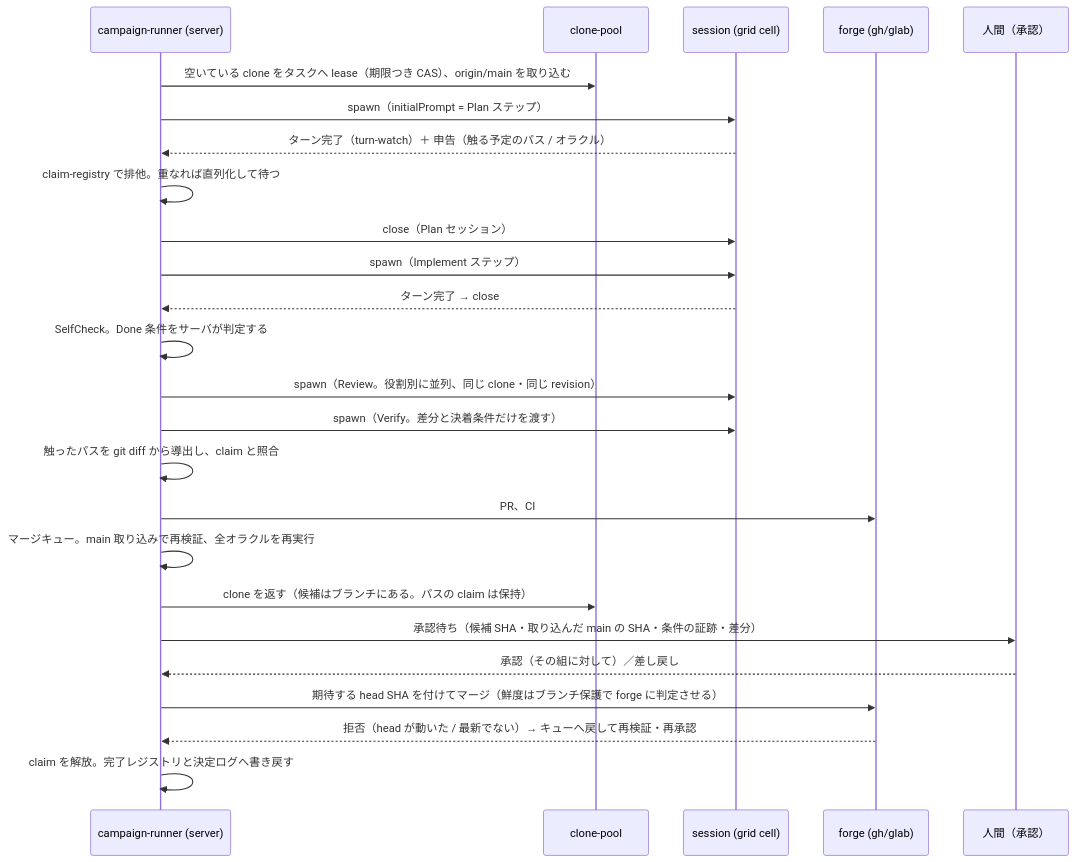
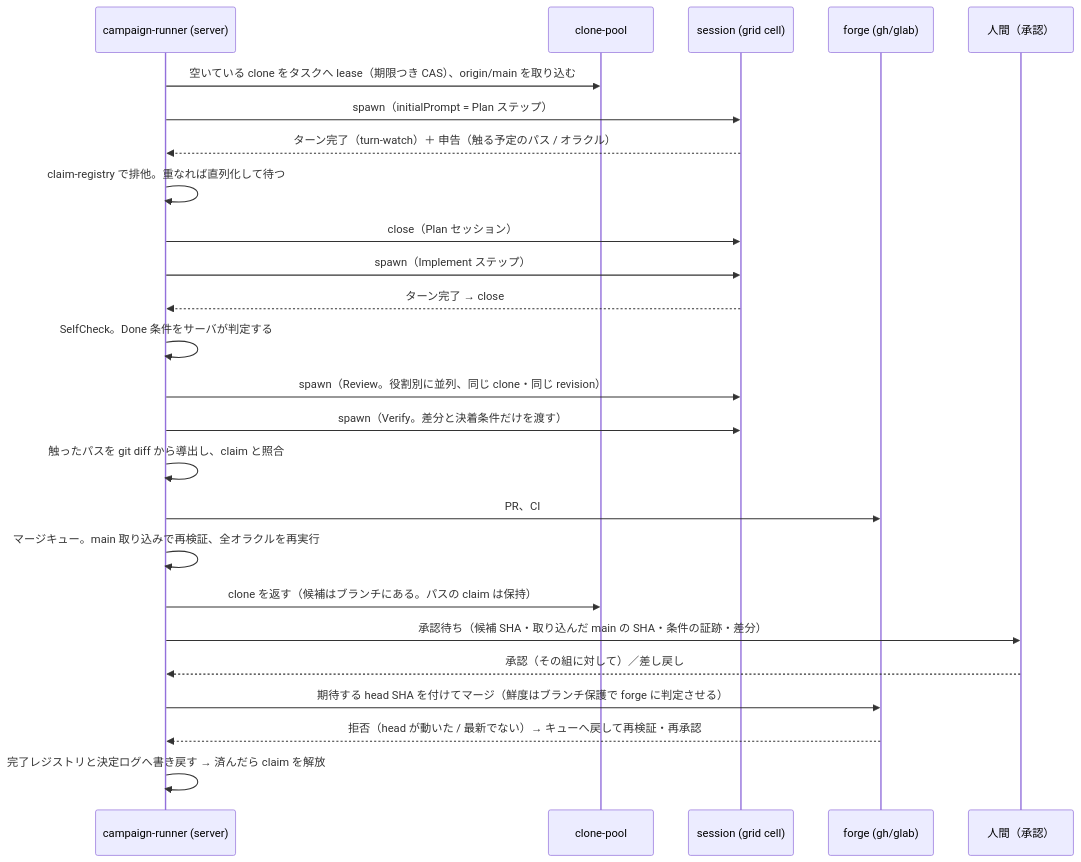
Before and after one commit to highfar-projects/mulmoterminal: the diagram in future/grid-campaign-mode.md, drawn with Mermaid. The commit also changed other lines of this file, not shown here.

First line of the commit message:
fix: address Codex review iter-25 — claim の解放時点がファイル間で食い違っていた

````diff
--- a/future/grid-campaign-mode.md
+++ b/future/grid-campaign-mode.md
@@ -301,27 +305,27 @@
 ```mermaid
 sequenceDiagram
     participant O as campaign-runner (server)
     participant C as clone-pool
     participant S as session (grid cell)
     participant G as forge (gh/glab)
     participant H as 人間（承認）
     O->>C: 空いている clone をタスクへ lease（期限つき CAS）、origin/main を取り込む
     O->>S: spawn（initialPrompt = Plan ステップ）
     S-->>O: ターン完了（turn-watch）＋ 申告（触る予定のパス / オラクル）
     O->>O: claim-registry で排他。重なれば直列化して待つ
     O->>S: close（Plan セッション）
     O->>S: spawn（Implement ステップ）
     S-->>O: ターン完了 → close
     O->>O: SelfCheck。Done 条件をサーバが判定する
     O->>S: spawn（Review。役割別に並列、同じ clone・同じ revision）
     O->>S: spawn（Verify。差分と決着条件だけを渡す）
     O->>O: 触ったパスを git diff から導出し、claim と照合
     O->>G: PR、CI
     O->>O: マージキュー。main 取り込みで再検証、全オラクルを再実行
     O->>C: clone を返す（候補はブランチにある。パスの claim は保持）
     O->>H: 承認待ち（候補 SHA・取り込んだ main の SHA・条件の証跡・差分）
     H-->>O: 承認（その組に対して）／差し戻し
     O->>G: 期待する head SHA を付けてマージ（鮮度はブランチ保護で forge に判定させる）
     G-->>O: 拒否（head が動いた / 最新でない）→ キューへ戻して再検証・再承認
-    O->>O: claim を解放。完了レジストリと決定ログへ書き戻す
+    O->>O: 完了レジストリと決定ログへ書き戻す → 済んだら claim を解放
 ```
````
